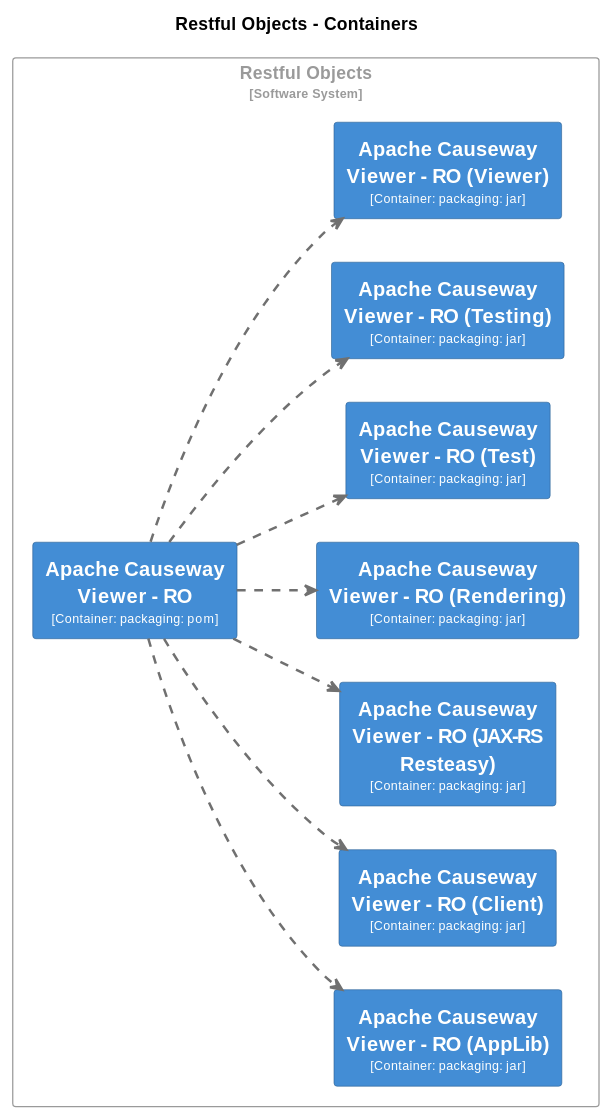
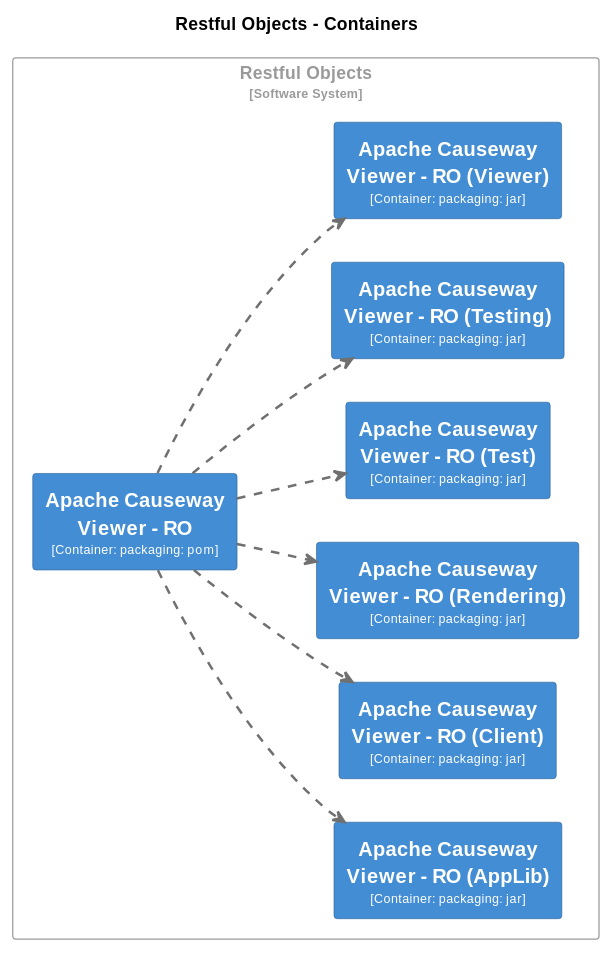
One commit to apache/causeway changed diagram 17 of 34 in core/adoc/modules/_overview/pages/about.adoc. Above: the diagram before and after it, drawn with PlantUML. The commit also changed other lines of this file and 18 other files, not shown here.

Commit message:
CAUSEWAY-3866: removes more jdo, datanucleus and resteasy references

```diff
--- a/core/adoc/modules/_overview/pages/about.adoc
+++ b/core/adoc/modules/_overview/pages/about.adoc
@@ -3160,12 +2880,6 @@
   shadowing false
 }
 skinparam rectangle<<RestfulObjects.ApacheCausewayViewerROClient>> {
-  BackgroundColor #438dd5
-  FontColor #fffffe
-  BorderColor #2e6295
-  shadowing false
-}
-skinparam rectangle<<RestfulObjects.ApacheCausewayViewerROJAXRSResteasy>> {
   BackgroundColor #438dd5
   FontColor #fffffe
   BorderColor #2e6295
@@ -3205,7 +2919,6 @@
   rectangle "==Apache Causeway Viewer - RO\n<size:10>[Container: packaging: pom]</size>" <<RestfulObjects.ApacheCausewayViewerRO>> as RestfulObjects.ApacheCausewayViewerRO
   rectangle "==Apache Causeway Viewer - RO (AppLib)\n<size:10>[Container: packaging: jar]</size>" <<RestfulObjects.ApacheCausewayViewerROAppLib>> as RestfulObjects.ApacheCausewayViewerROAppLib
   rectangle "==Apache Causeway Viewer - RO (Client)\n<size:10>[Container: packaging: jar]</size>" <<RestfulObjects.ApacheCausewayViewerROClient>> as RestfulObjects.ApacheCausewayViewerROClient
-  rectangle "==Apache Causeway Viewer - RO (JAX-RS Resteasy)\n<size:10>[Container: packaging: jar]</size>" <<RestfulObjects.ApacheCausewayViewerROJAXRSResteasy>> as RestfulObjects.ApacheCausewayViewerROJAXRSResteasy
   rectangle "==Apache Causeway Viewer - RO (Rendering)\n<size:10>[Container: packaging: jar]</size>" <<RestfulObjects.ApacheCausewayViewerRORendering>> as RestfulObjects.ApacheCausewayViewerRORendering
   rectangle "==Apache Causeway Viewer - RO (Test)\n<size:10>[Container: packaging: jar]</size>" <<RestfulObjects.ApacheCausewayViewerROTest>> as RestfulObjects.ApacheCausewayViewerROTest
   rectangle "==Apache Causeway Viewer - RO (Testing)\n<size:10>[Container: packaging: jar]</size>" <<RestfulObjects.ApacheCausewayViewerROTesting>> as RestfulObjects.ApacheCausewayViewerROTesting
@@ -3214,7 +2927,6 @@
 
 RestfulObjects.ApacheCausewayViewerRO .[#707070,thickness=2].> RestfulObjects.ApacheCausewayViewerROAppLib : "<color:#707070>"
 RestfulObjects.ApacheCausewayViewerRO .[#707070,thickness=2].> RestfulObjects.ApacheCausewayViewerROClient : "<color:#707070>"
-RestfulObjects.ApacheCausewayViewerRO .[#707070,thickness=2].> RestfulObjects.ApacheCausewayViewerROJAXRSResteasy : "<color:#707070>"
 RestfulObjects.ApacheCausewayViewerRO .[#707070,thickness=2].> RestfulObjects.ApacheCausewayViewerRORendering : "<color:#707070>"
 RestfulObjects.ApacheCausewayViewerRO .[#707070,thickness=2].> RestfulObjects.ApacheCausewayViewerROTest : "<color:#707070>"
 RestfulObjects.ApacheCausewayViewerRO .[#707070,thickness=2].> RestfulObjects.ApacheCausewayViewerROTesting : "<color:#707070>"
```
